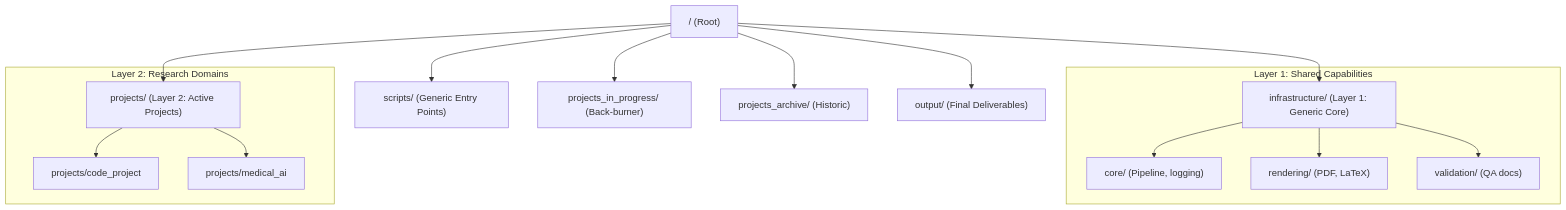
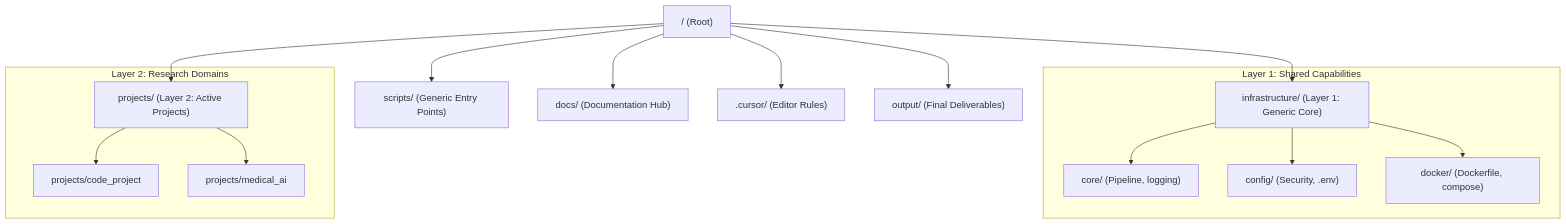
The first of 4 diagrams in .github/README.md (docxology/template), drawn with Mermaid before and after one commit. The commit also changed other lines of this file and 137 other files, not shown here.

````diff
--- a/.github/README.md
+++ b/.github/README.md
@@ -44,20 +44,20 @@
 ```mermaid
 graph TD
     Root["/ (Root)"] --> Infra["infrastructure/ (Layer 1: Generic Core)"]
     Root --> Scripts["scripts/ (Generic Entry Points)"]
     Root --> Projects["projects/ (Layer 2: Active Projects)"]
-    Root --> ProjectsIP["projects_in_progress/ (Back-burner)"]
-    Root --> ProjectsArch["projects_archive/ (Historic)"]
+    Root --> Docs["docs/ (Documentation Hub)"]
+    Root --> Cursor[".cursor/ (Editor Rules)"]
     Root --> Output["output/ (Final Deliverables)"]
 
     subgraph "Layer 1: Shared Capabilities"
         Infra --> Core["core/ (Pipeline, logging)"]
-        Infra --> Render["rendering/ (PDF, LaTeX)"]
-        Infra --> Valid["validation/ (QA docs)"]
+        Infra --> Config["config/ (Security, .env)"]
+        Infra --> Docker["docker/ (Dockerfile, compose)"]
     end
 
     subgraph "Layer 2: Research Domains"
         Projects --> P1["projects/code_project"]
         Projects --> P2["projects/medical_ai"]
     end
 ```
````
